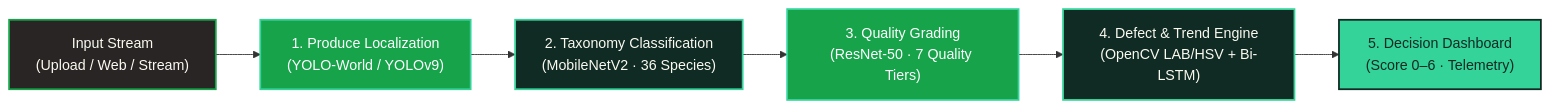
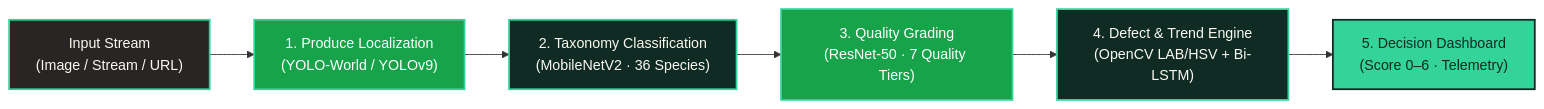
Before and after one commit to Janardhan-Jillela/AI-Food-Quality-Inspection: the diagram in README.md, drawn with Mermaid. The commit also changed other lines of this file and 1 other file, not shown here.

````diff
--- a/README.md
+++ b/README.md
@@ -48,13 +53,14 @@
 ```mermaid
 flowchart LR
     classDef forest fill:#102A24,stroke:#34D399,stroke-width:2px,color:#FAFAF0;
     classDef emerald fill:#16A34A,stroke:#34D399,stroke-width:2px,color:#FFFFFF;
     classDef mint fill:#34D399,stroke:#102A24,stroke-width:2px,color:#102A24;
-    classDef dark fill:#292524,stroke:#16A34A,stroke-width:2px,color:#FAFAF0;
+    classDef cream fill:#F0FDF4,stroke:#16A34A,stroke-width:2px,color:#102A24;
+    classDef charcoal fill:#292524,stroke:#34D399,stroke-width:2px,color:#FAFAF0;
 
-    In["Input Stream<br/>(Upload / Web / Stream)"]:::dark --> Loc["1. Produce Localization<br/>(YOLO-World / YOLOv9)"]:::emerald
+    In["Input Stream<br/>(Image / Stream / URL)"]:::charcoal --> Loc["1. Produce Localization<br/>(YOLO-World / YOLOv9)"]:::emerald
     Loc --> Spec["2. Taxonomy Classification<br/>(MobileNetV2 · 36 Species)"]:::forest
     Spec --> Qual["3. Quality Grading<br/>(ResNet-50 · 7 Quality Tiers)"]:::emerald
     Qual --> Def["4. Defect & Trend Engine<br/>(OpenCV LAB/HSV + Bi-LSTM)"]:::forest
     Def --> Out["5. Decision Dashboard<br/>(Score 0–6 · Telemetry)"]:::mint
 ```
````
